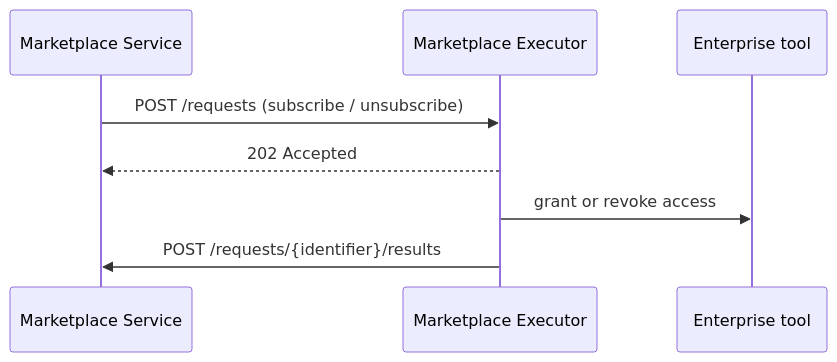
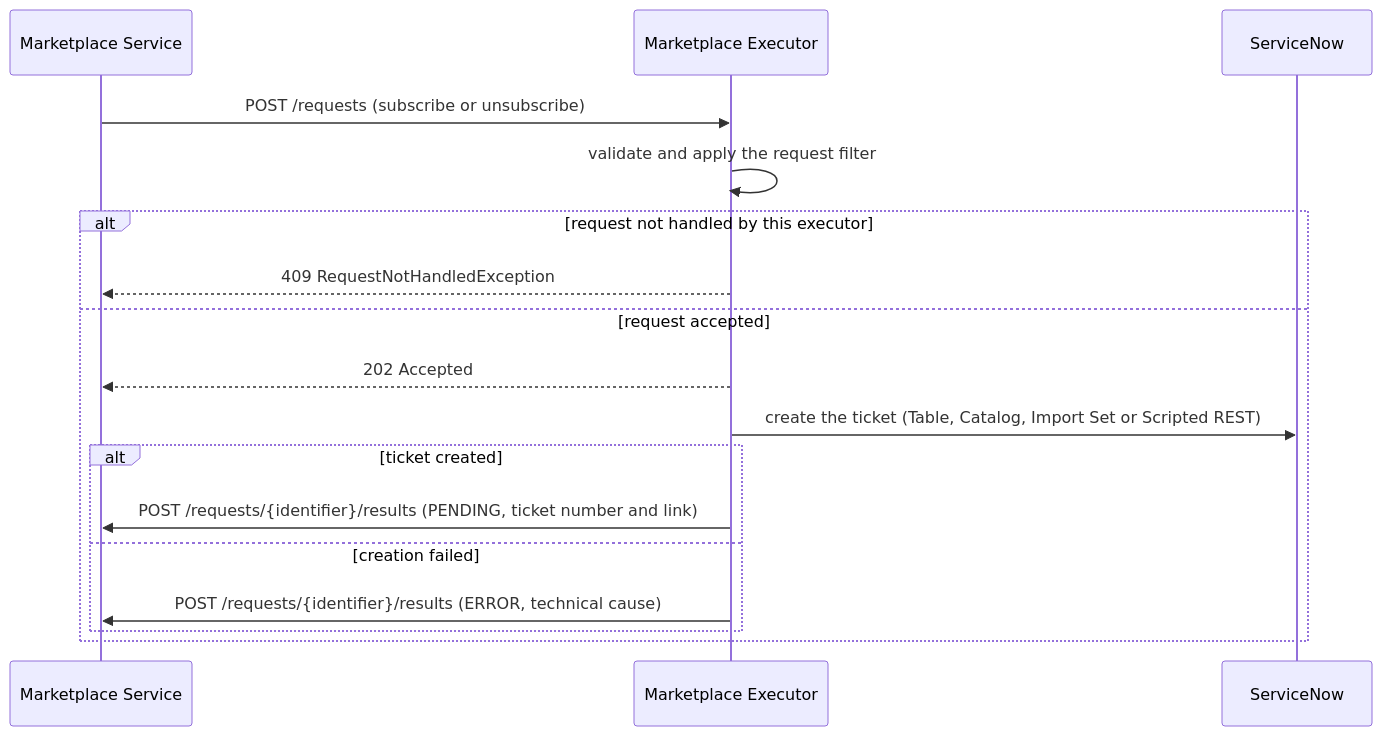
Before and after one commit to opendatamesh-initiative/odm-platform-adapter-marketplace-executor-servicenow: the first of 2 diagrams in README.md, drawn with Mermaid. The commit also changed other lines of this file and 75 other files, not shown here.

````diff
--- a/README.md
+++ b/README.md
@@ -33,10 +44,19 @@
 ```mermaid
 sequenceDiagram
   participant M as Marketplace Service
   participant E as Marketplace Executor
-  participant T as Enterprise tool
-  M->>E: POST /requests (subscribe / unsubscribe)
-  E-->>M: 202 Accepted
-  E->>T: grant or revoke access
-  E->>M: POST /requests/{identifier}/results
+  participant SN as ServiceNow
+  M->>E: POST /requests (subscribe or unsubscribe)
+  E->>E: validate and apply the request filter
+  alt request not handled by this executor
+    E-->>M: 409 RequestNotHandledException
+  else request accepted
+    E-->>M: 202 Accepted
+    E->>SN: create the ticket (Table, Catalog, Import Set or Scripted REST)
+    alt ticket created
+      E->>M: POST /requests/{identifier}/results (PENDING, ticket number and link)
+    else creation failed
+      E->>M: POST /requests/{identifier}/results (ERROR, technical cause)
+    end
+  end
 ```
````
